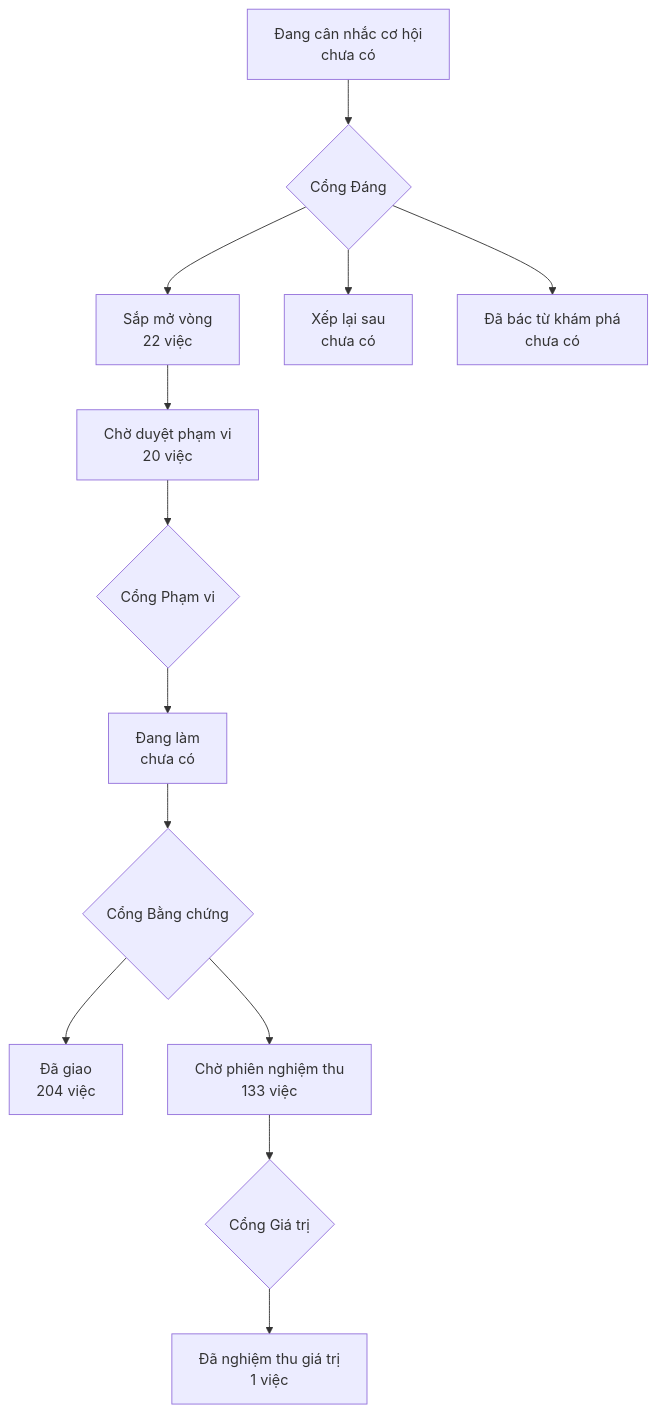
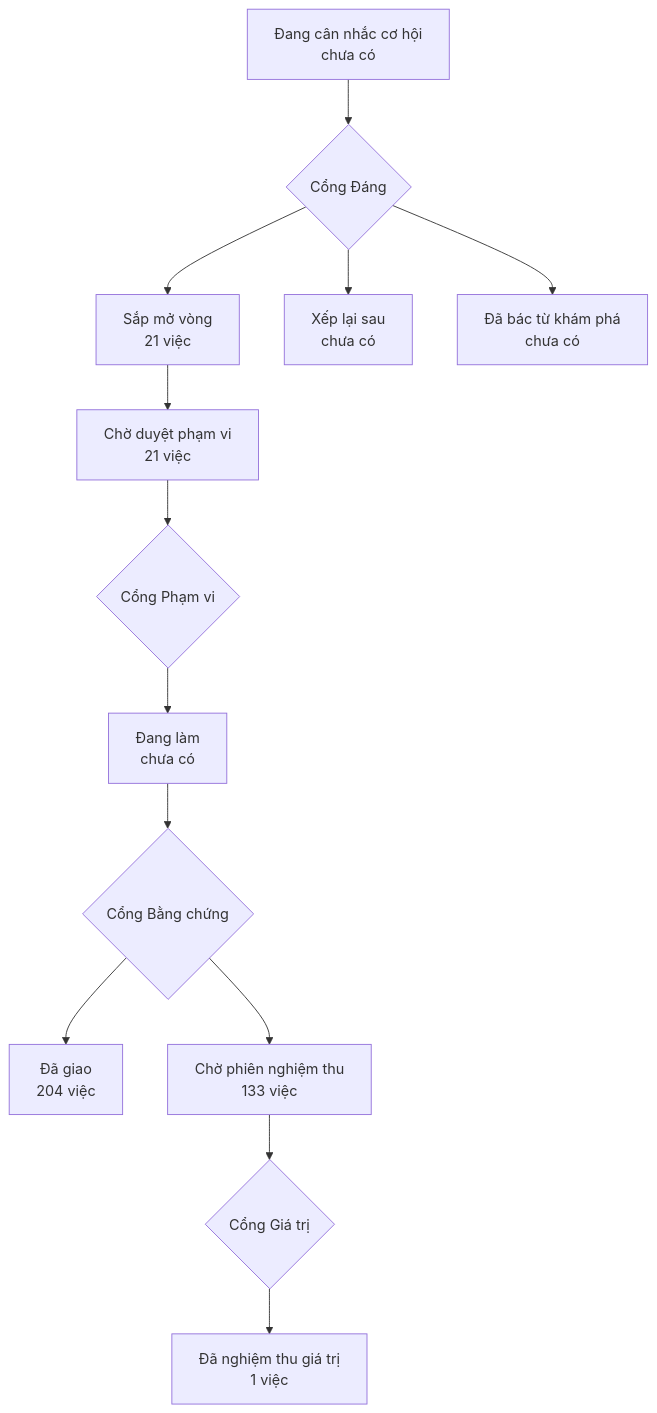
One commit to phanlemanh/onehub-invest changed the diagram in PRODUCT-MAP.md. Above: the diagram before and after it, drawn with Mermaid. The commit also changed other lines of this file and 9 other files, not shown here.

````diff
--- a/PRODUCT-MAP.md
+++ b/PRODUCT-MAP.md
@@ -7,12 +7,12 @@
 ```mermaid
 flowchart TD
   A["Đang cân nhắc cơ hội<br/>chưa có"] --> GD{"Cổng Đáng"}
-  GD --> B["Sắp mở vòng<br/>22 việc"]
+  GD --> B["Sắp mở vòng<br/>21 việc"]
   GD --> XL["Xếp lại sau<br/>chưa có"]
   GD --> DB["Đã bác từ khám phá<br/>chưa có"]
-  B --> CD["Chờ duyệt phạm vi<br/>20 việc"] --> GP{"Cổng Phạm vi"}
+  B --> CD["Chờ duyệt phạm vi<br/>21 việc"] --> GP{"Cổng Phạm vi"}
   GP --> DL["Đang làm<br/>chưa có"] --> GB{"Cổng Bằng chứng"}
   GB --> DG["Đã giao<br/>204 việc"]
   GB --> CN["Chờ phiên nghiệm thu<br/>133 việc"] --> GG{"Cổng Giá trị"}
   GG --> NT["Đã nghiệm thu giá trị<br/>1 việc"]
 ```
````
